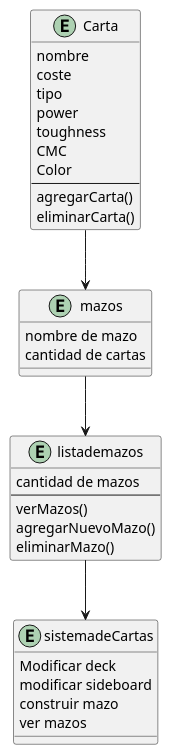
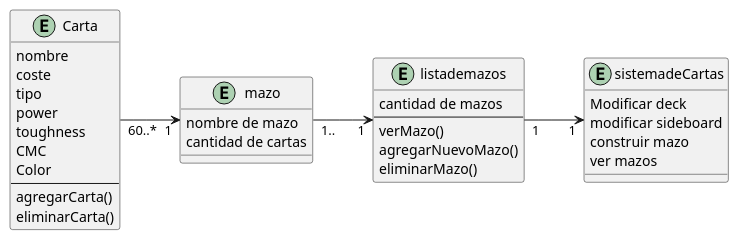
Before and after one commit to crimaxi/-PA-Taller2_CortesChristopher_EspinozaRomina: the diagram in src/Dominio.puml, drawn with PlantUML. The commit also changed 1 other file, not shown here.

```diff
--- a/src/Dominio.puml
+++ b/src/Dominio.puml
@@ -1,38 +1,38 @@
 @startuml
 'https://plantuml.com/class-diagram
-
+left to right direction
 Entity Carta{
 nombre
 coste
 tipo
 power
 toughness
 CMC
 Color
 --
 agregarCarta()
 eliminarCarta()
 }
-Entity mazos{
+Entity mazo{
 nombre de mazo
 cantidad de cartas
 
 }
 Entity listademazos{
 cantidad de mazos
 --
-verMazos()
+verMazo()
 agregarNuevoMazo()
 eliminarMazo()
 }
 Entity sistemadeCartas{
 Modificar deck
 modificar sideboard
 construir mazo
 ver mazos
 }
-Carta --> mazos
-mazos --> listademazos
-listademazos --> sistemadeCartas
+Carta "60..*"--> "1" mazo
+mazo "1.." --> "1" listademazos
+listademazos "1" --> "1" sistemadeCartas
 
 @enduml
```
